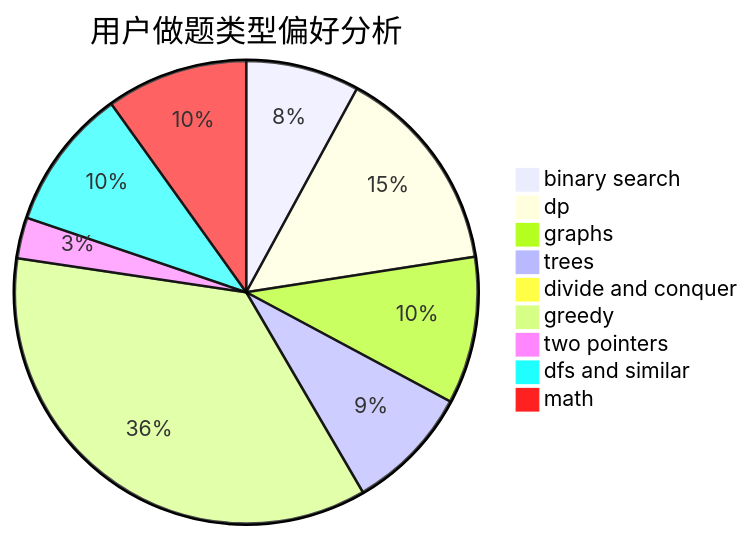
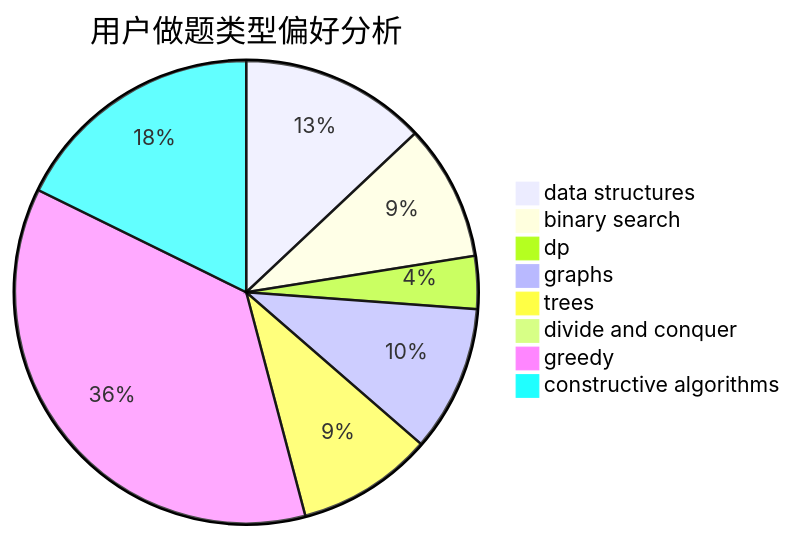
Before and after one commit to sherpahu/cfrs.github.io: the second of 3 diagrams in docs/user/u2077.md, drawn with Mermaid. The commit also changed other lines of this file and 2775 other files, not shown here.

````diff
--- a/docs/user/u2077.md
+++ b/docs/user/u2077.md
@@ -23,12 +23,11 @@
 ```mermaid
 pie title 用户做题类型偏好分析
-    "binary search" :  141
-    "dp" :  260
-    "graphs" :  183
-    "trees" :  156
+    "data structures" :  183
+    "binary search" :  134
+    "dp" :  52
+    "graphs" :  144
+    "trees" :  134
     "divide and conquer" :  7
-    "greedy" :  636
-    "two pointers" :  51
-    "dfs and similar" :  176
-    "math" :  176
+    "greedy" :  513
+    "constructive algorithms" :  250
 ```
````
